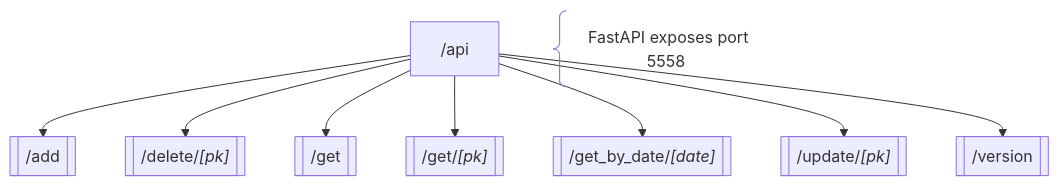
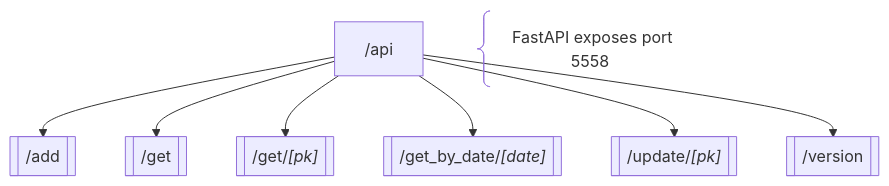
The diagram in backend/README.md (chump29/m00d), drawn with Mermaid before and after one commit. The commit also changed 6 other files, not shown here.

````diff
--- a/backend/README.md
+++ b/backend/README.md
@@ -11,19 +11,19 @@
 ```mermaid
 flowchart TD
 api@{shape: rect, label: "/api"}
 add[["`/add`"]]
-delete[["`/delete/*[pk]*`"]]
+%% delete[["`/delete/*[pk]*`"]]
 get[["`/get`"]]
 get_one[["`/get/*[pk]*`"]]
 get_by_date[["`/get_by_date/*[date]*`"]]
 update[["`/update/*[pk]*`"]]
 version[["`/version`"]]
 api-->add
-api-->delete
+%% api-->delete
 api-->get
 api-->get_one
 api-->get_by_date
 api-->update
 api-->version
 port@{shape: brace, label: "&nbsp; FastAPI exposes port 5558"}
 ```
````
